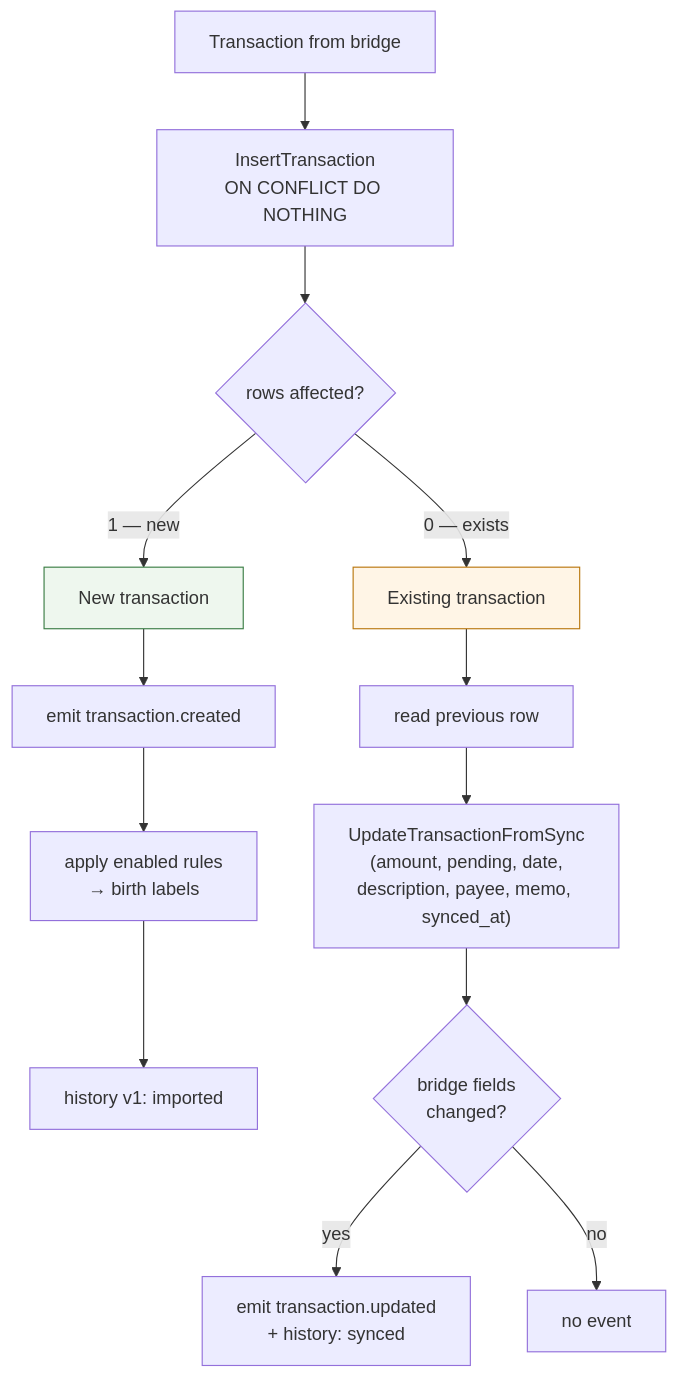
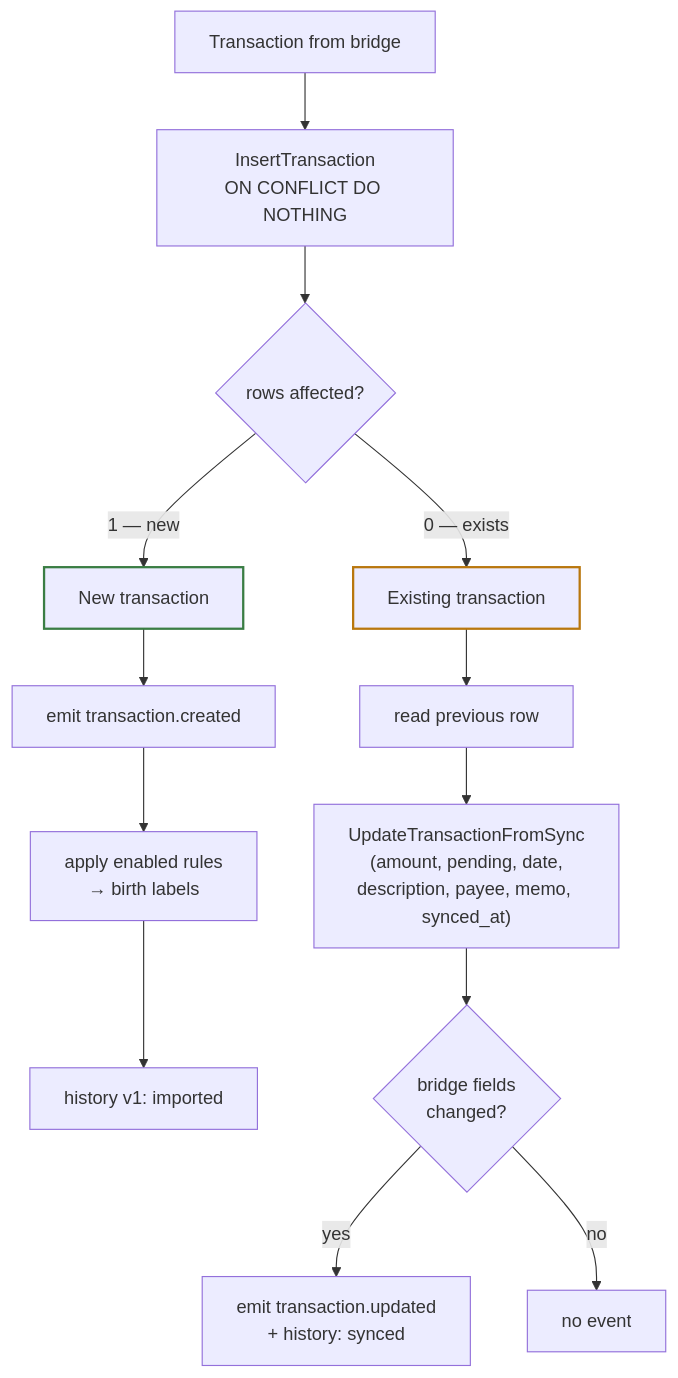
One commit to paulmeier/kasas changed the second of 2 diagrams in docs/features/sync.md. Above: the diagram before and after it, drawn with Mermaid. The commit also changed 3 other files, not shown here.

First line of the commit message:
docs: fix dark-mode readability of Mermaid diagram nodes

````diff
--- a/docs/features/sync.md
+++ b/docs/features/sync.md
@@ -114,20 +114,20 @@
 ```mermaid
 flowchart TD
     T[Transaction from bridge] --> INS[InsertTransaction<br/>ON CONFLICT DO NOTHING]
     INS --> Q{rows affected?}
     Q -->|1 — new| NEW[New transaction]
     Q -->|0 — exists| OLD[Existing transaction]
 
     NEW --> NE[emit transaction.created]
     NE --> NR[apply enabled rules<br/>→ birth labels]
     NR --> NV[history v1: imported]
 
     OLD --> GET[read previous row]
     GET --> UPD["UpdateTransactionFromSync<br/>(amount, pending, date,<br/>description, payee, memo, synced_at)"]
     UPD --> CH{bridge fields<br/>changed?}
     CH -->|yes| UE[emit transaction.updated<br/>+ history: synced]
     CH -->|no| SKIP[no event]
 
-    style NEW fill:#eef7ee,stroke:#3a7d44
-    style OLD fill:#fff5e6,stroke:#b9770e
+    style NEW stroke:#3a7d44,stroke-width:2px
+    style OLD stroke:#b9770e,stroke-width:2px
 ```
````
